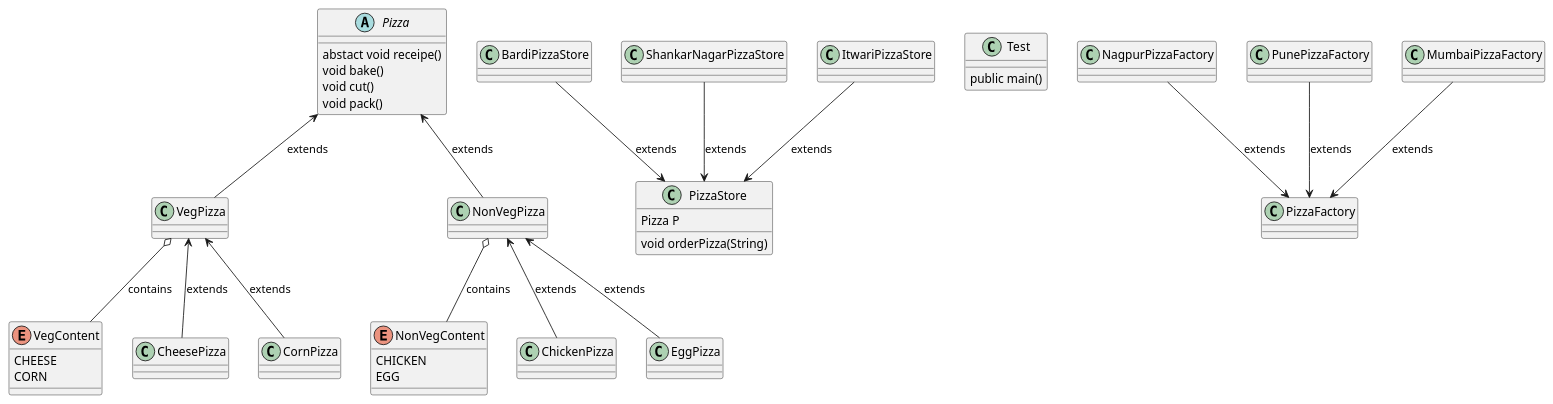
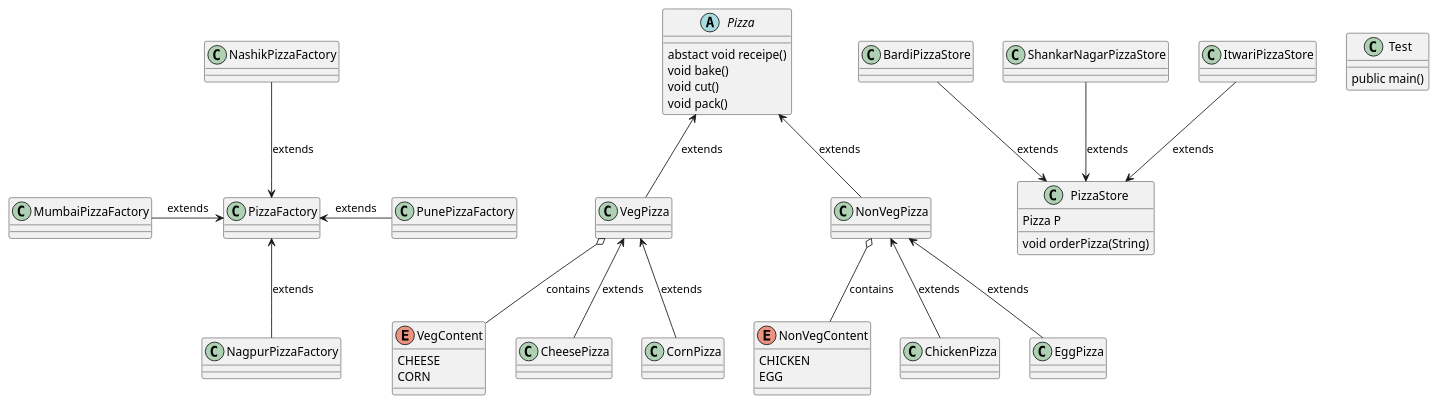
Before and after one commit to aliencatt/DPClass: the diagram in src/DP/Lecture/Factory/PizzaFactory.puml, drawn with PlantUML. The commit also changed 86 other files, not shown here.

```diff
--- a/src/DP/Lecture/Factory/PizzaFactory.puml
+++ b/src/DP/Lecture/Factory/PizzaFactory.puml
@@ -1,93 +1,99 @@
 @startuml
+
 
 abstract class Pizza{
  abstact void receipe()
  void bake()
  void cut()
  void pack()
 }
 class VegPizza
 {
 
 }
  enum VegContent
  {
    CHEESE
    CORN
  }
 class NonVegPizza
 {
 
 }
 enum NonVegContent
 {
   CHICKEN
   EGG
 }
 
 VegPizza o-- VegContent : contains
 NonVegPizza o-- NonVegContent : contains
 
 class CheesePizza{
 }
 class CornPizza{
 }
 class ChickenPizza{
 }
 class EggPizza
 {
 }
 
 Pizza <-- VegPizza : extends
 Pizza <-- NonVegPizza : extends
 NonVegPizza <-- ChickenPizza : extends
 NonVegPizza <-- EggPizza : extends
 VegPizza <-- CornPizza : extends
 VegPizza <-- CheesePizza : extends
 
 class PizzaStore{
  Pizza P
  void orderPizza(String)
 }
 
 class Test
 {
  public main()
 }
 
 class PizzaFactory
 {
 
 }
 class NagpurPizzaFactory
 {
 }
 class PunePizzaFactory
 {
 }
 class MumbaiPizzaFactory
 {
 }
+class NashikPizzaFactory
+{
+}
 
-NagpurPizzaFactory --> PizzaFactory : extends
-PunePizzaFactory --> PizzaFactory : extends
-MumbaiPizzaFactory --> PizzaFactory : extends
+
+NagpurPizzaFactory -up-> PizzaFactory : extends
+PunePizzaFactory -left-> PizzaFactory : extends
+MumbaiPizzaFactory -right-> PizzaFactory : extends
+NashikPizzaFactory -down-> PizzaFactory : extends
 
 class PizzaStore
 {
 }
 class BardiPizzaStore
 {
 }
 class ShankarNagarPizzaStore
 {
 }
 class ItwariPizzaStore
 {
 }
 
 BardiPizzaStore --> PizzaStore :extends
 ShankarNagarPizzaStore --> PizzaStore :extends
 ItwariPizzaStore --> PizzaStore :extends
 
 @enduml
```
